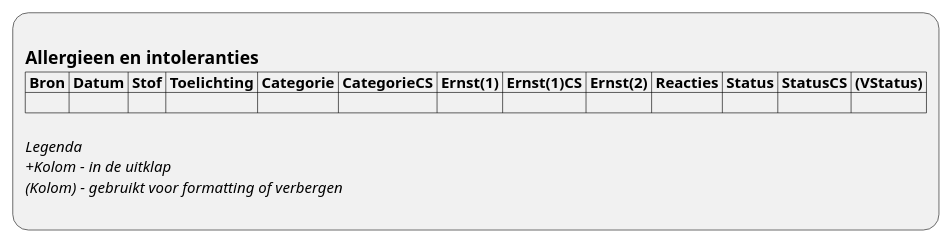
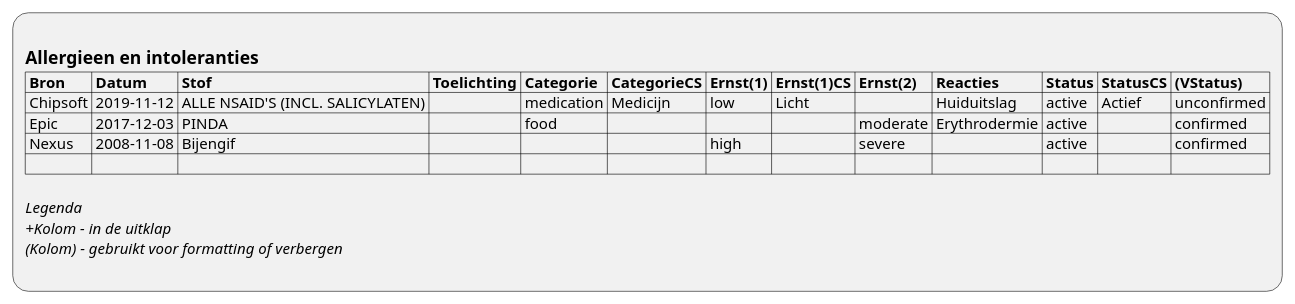
One commit to RIVO-Noord/zorgviewer-ig changed the diagram in input/images-source/ViewDefinition-AllergyIntolerance.plantuml. Above: the diagram before and after it, drawn with PlantUML. The commit also changed 3 other files, not shown here.

```diff
--- a/input/images-source/ViewDefinition-AllergyIntolerance.plantuml
+++ b/input/images-source/ViewDefinition-AllergyIntolerance.plantuml
@@ -1,11 +1,14 @@
 @startuml ViewDefinition-AllergyIntolerance
 :
 == Allergieen en intoleranties
 |= Bron |= Datum |= Stof |= Toelichting |= Categorie |= CategorieCS |= Ernst(1) |= Ernst(1)CS |= Ernst(2) |= Reacties |= Status |= StatusCS |= (VStatus) |
+| Chipsoft | 2019-11-12 | ALLE NSAID'S (INCL. SALICYLATEN) |  | medication | Medicijn | low | Licht |  | Huiduitslag | active | Actief | unconfirmed |
+| Epic | 2017-12-03 | PINDA |  | food |  |  |  | moderate | Erythrodermie | active |  | confirmed |
+| Nexus | 2008-11-08 | Bijengif |  |  |  | high |  | severe |  | active |  | confirmed |
 | |
 
 //Legenda//
 //+Kolom - in de uitklap//
 //(Kolom) - gebruikt voor formatting of verbergen//
 ;
 @enduml
```
